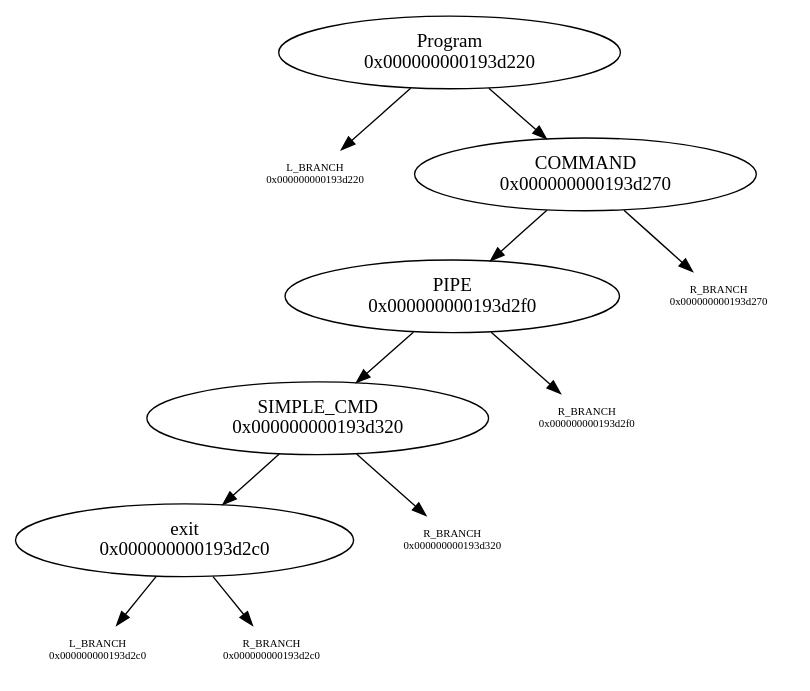
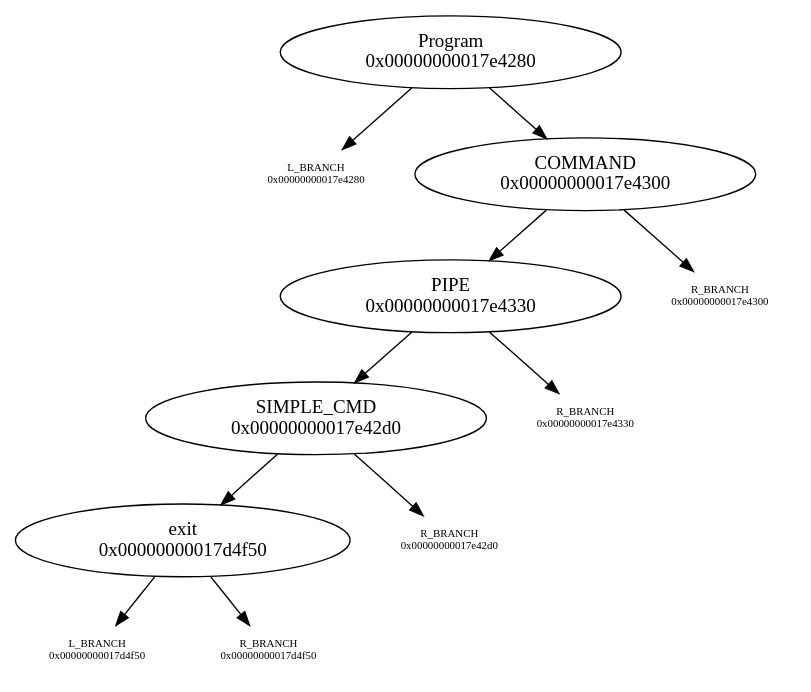
One commit to N-4-Nina/Minishell changed the diagram in graph.dot. Above: the diagram before and after it, drawn with Graphviz. The commit also changed 47 other files, not shown here.

```diff
--- a/graph.dot
+++ b/graph.dot
@@ -1,19 +1,19 @@
 digraph graphname {
-"Program\n0x000000000193d220" -> "L_BRANCH\n0x000000000193d220";
-"L_BRANCH\n0x000000000193d220" [shape=none fontsize=8]
-"Program\n0x000000000193d220" -> "COMMAND\n0x000000000193d270";
-"COMMAND\n0x000000000193d270" -> "PIPE\n0x000000000193d2f0";
-"COMMAND\n0x000000000193d270" -> "R_BRANCH\n0x000000000193d270";
-"R_BRANCH\n0x000000000193d270" [shape=none fontsize=8]
-"PIPE\n0x000000000193d2f0" -> "SIMPLE_CMD\n0x000000000193d320";
-"PIPE\n0x000000000193d2f0" -> "R_BRANCH\n0x000000000193d2f0";
-"R_BRANCH\n0x000000000193d2f0" [shape=none fontsize=8]
-"SIMPLE_CMD\n0x000000000193d320" -> "exit\n0x000000000193d2c0";
-"SIMPLE_CMD\n0x000000000193d320" -> "R_BRANCH\n0x000000000193d320";
-"R_BRANCH\n0x000000000193d320" [shape=none fontsize=8]
-"exit\n0x000000000193d2c0" -> "L_BRANCH\n0x000000000193d2c0";
-"L_BRANCH\n0x000000000193d2c0" [shape=none fontsize=8]
-"exit\n0x000000000193d2c0" -> "R_BRANCH\n0x000000000193d2c0";
-"R_BRANCH\n0x000000000193d2c0" [shape=none fontsize=8]
+"Program\n0x00000000017e4280" -> "L_BRANCH\n0x00000000017e4280";
+"L_BRANCH\n0x00000000017e4280" [shape=none fontsize=8]
+"Program\n0x00000000017e4280" -> "COMMAND\n0x00000000017e4300";
+"COMMAND\n0x00000000017e4300" -> "PIPE\n0x00000000017e4330";
+"COMMAND\n0x00000000017e4300" -> "R_BRANCH\n0x00000000017e4300";
+"R_BRANCH\n0x00000000017e4300" [shape=none fontsize=8]
+"PIPE\n0x00000000017e4330" -> "SIMPLE_CMD\n0x00000000017e42d0";
+"PIPE\n0x00000000017e4330" -> "R_BRANCH\n0x00000000017e4330";
+"R_BRANCH\n0x00000000017e4330" [shape=none fontsize=8]
+"SIMPLE_CMD\n0x00000000017e42d0" -> "exit\n0x00000000017d4f50";
+"SIMPLE_CMD\n0x00000000017e42d0" -> "R_BRANCH\n0x00000000017e42d0";
+"R_BRANCH\n0x00000000017e42d0" [shape=none fontsize=8]
+"exit\n0x00000000017d4f50" -> "L_BRANCH\n0x00000000017d4f50";
+"L_BRANCH\n0x00000000017d4f50" [shape=none fontsize=8]
+"exit\n0x00000000017d4f50" -> "R_BRANCH\n0x00000000017d4f50";
+"R_BRANCH\n0x00000000017d4f50" [shape=none fontsize=8]
 
 }
```
